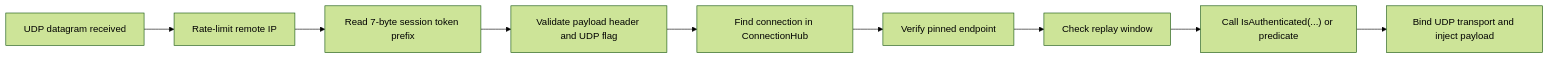
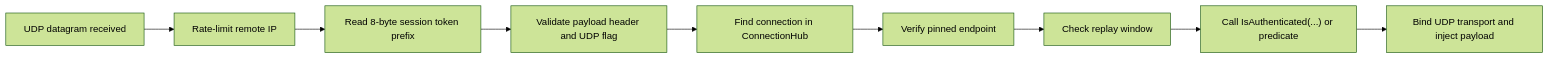
Before and after one commit to ppn-systems/Nalix: the diagram in docs/guides/networking/udp-security.md, drawn with Mermaid (forest theme). The commit also changed other lines of this file and 1038 other files, not shown here.

````diff
--- a/docs/guides/networking/udp-security.md
+++ b/docs/guides/networking/udp-security.md
@@ -34,11 +34,11 @@
 ```mermaid
 flowchart LR
     A["UDP datagram received"] --> B["Rate-limit remote IP"]
-    B --> C["Read 7-byte session token prefix"]
+    B --> C["Read 8-byte session token prefix"]
     C --> D["Validate payload header and UDP flag"]
     D --> E["Find connection in ConnectionHub"]
     E --> F["Verify pinned endpoint"]
     F --> G["Check replay window"]
     G --> H["Call IsAuthenticated(...) or predicate"]
     H --> I["Bind UDP transport and inject payload"]
 ```
````
